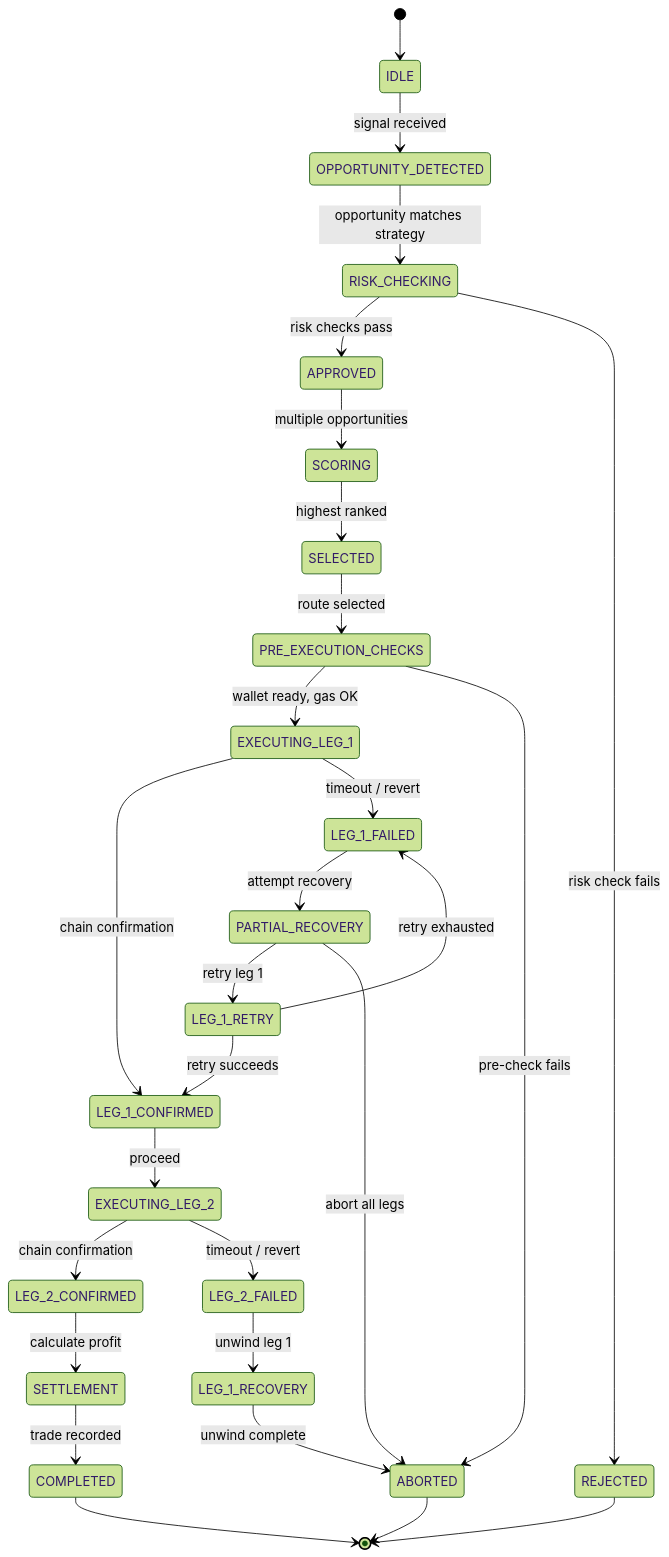
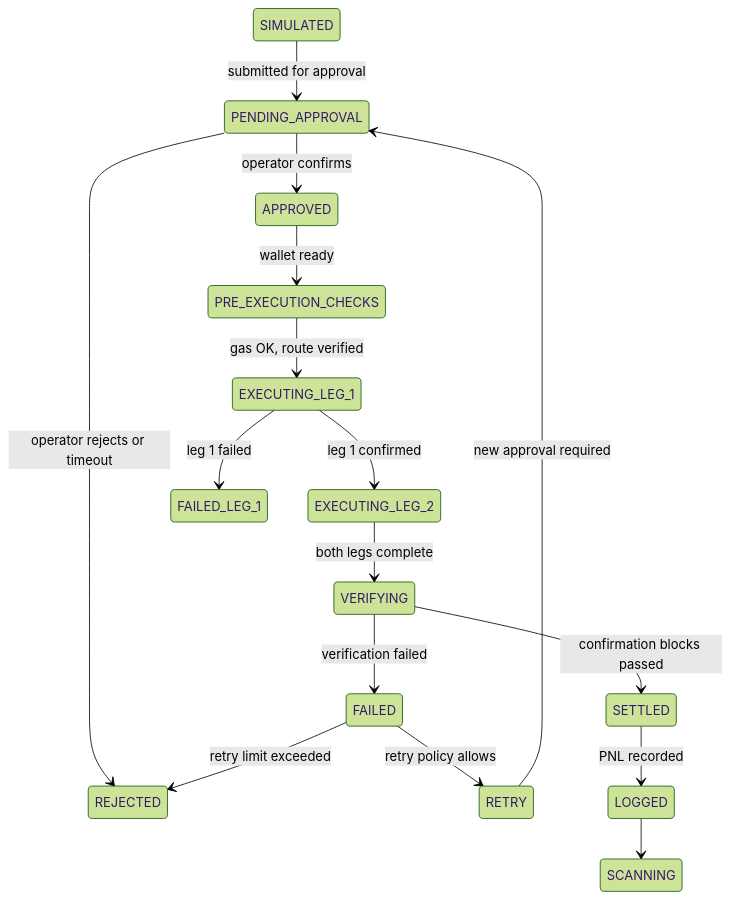
The second of 3 diagrams in docs/apex-app-docs/execution/trading/trading-engine.md (pavan53732/Apex-Arbitrage-Multichain-bot-for-windows), drawn with Mermaid (forest theme) before and after one commit. The commit also changed other lines of this file and 5 other files, not shown here.

````diff
--- a/docs/apex-app-docs/execution/trading/trading-engine.md
+++ b/docs/apex-app-docs/execution/trading/trading-engine.md
@@ -46,30 +118,18 @@
 ```mermaid
 stateDiagram-v2
-  [*] --> IDLE
-  IDLE --> OPPORTUNITY_DETECTED: signal received
-  OPPORTUNITY_DETECTED --> RISK_CHECKING: opportunity matches strategy
-  RISK_CHECKING --> APPROVED: risk checks pass
-  RISK_CHECKING --> REJECTED: risk check fails
-  APPROVED --> SCORING: multiple opportunities
-  SCORING --> SELECTED: highest ranked
-  SELECTED --> PRE_EXECUTION_CHECKS: route selected
-  PRE_EXECUTION_CHECKS --> EXECUTING_LEG_1: wallet ready, gas OK
-  PRE_EXECUTION_CHECKS --> ABORTED: pre-check fails
-  EXECUTING_LEG_1 --> LEG_1_CONFIRMED: chain confirmation
-  EXECUTING_LEG_1 --> LEG_1_FAILED: timeout / revert
-  LEG_1_CONFIRMED --> EXECUTING_LEG_2: proceed
-  LEG_1_FAILED --> PARTIAL_RECOVERY: attempt recovery
-  PARTIAL_RECOVERY --> LEG_1_RETRY: retry leg 1
-  PARTIAL_RECOVERY --> ABORTED: abort all legs
-  LEG_1_RETRY --> LEG_1_CONFIRMED: retry succeeds
-  LEG_1_RETRY --> LEG_1_FAILED: retry exhausted
-  EXECUTING_LEG_2 --> LEG_2_CONFIRMED: chain confirmation
-  EXECUTING_LEG_2 --> LEG_2_FAILED: timeout / revert
-  LEG_2_FAILED --> LEG_1_RECOVERY: unwind leg 1
-  LEG_1_RECOVERY --> ABORTED: unwind complete
-  LEG_2_CONFIRMED --> SETTLEMENT: calculate profit
-  SETTLEMENT --> COMPLETED: trade recorded
-  COMPLETED --> [*]
-  REJECTED --> [*]
-  ABORTED --> [*]
+  SIMULATED --> PENDING_APPROVAL: submitted for approval
+  PENDING_APPROVAL --> APPROVED: operator confirms
+  PENDING_APPROVAL --> REJECTED: operator rejects or timeout
+  APPROVED --> PRE_EXECUTION_CHECKS: wallet ready
+  PRE_EXECUTION_CHECKS --> EXECUTING_LEG_1: gas OK, route verified
+  EXECUTING_LEG_1 --> EXECUTING_LEG_2: leg 1 confirmed
+  EXECUTING_LEG_1 --> FAILED_LEG_1: leg 1 failed
+  EXECUTING_LEG_2 --> VERIFYING: both legs complete
+  VERIFYING --> SETTLED: confirmation blocks passed
+  VERIFYING --> FAILED: verification failed
+  FAILED --> RETRY: retry policy allows
+  FAILED --> REJECTED: retry limit exceeded
+  RETRY --> PENDING_APPROVAL: new approval required
+  SETTLED --> LOGGED: PNL recorded
+  LOGGED --> SCANNING
 ```
````
